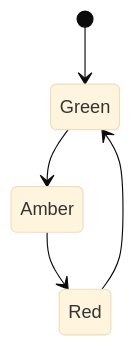
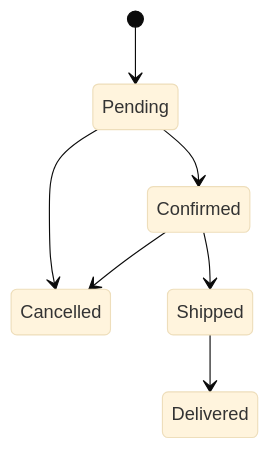
Before and after one commit to block/kfsm: the diagram in README.md, drawn with Mermaid (base theme). The commit also changed other lines of this file and 109 other files, not shown here.

````diff
--- a/README.md
+++ b/README.md
@@ -16,7 +26,9 @@
 ```mermaid
 stateDiagram-v2
-    [*] --> Green
-    Amber --> Red
-    Green --> Amber
-    Red --> Green
+    [*] --> Pending
+    Pending --> Confirmed
+    Pending --> Cancelled
+    Confirmed --> Shipped
+    Confirmed --> Cancelled
+    Shipped --> Delivered
 ```
````
